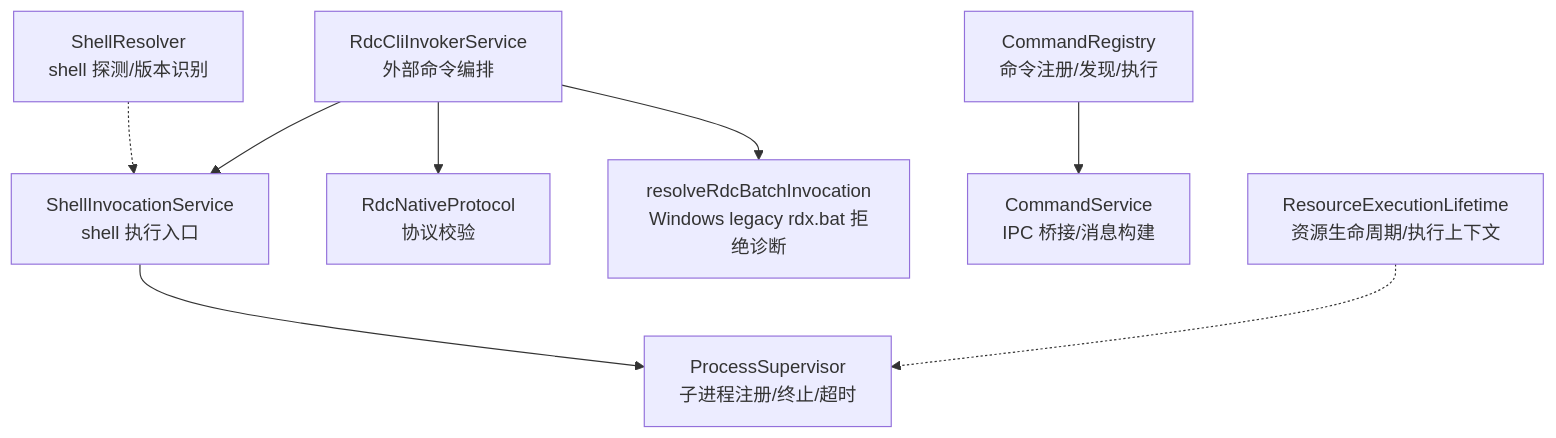
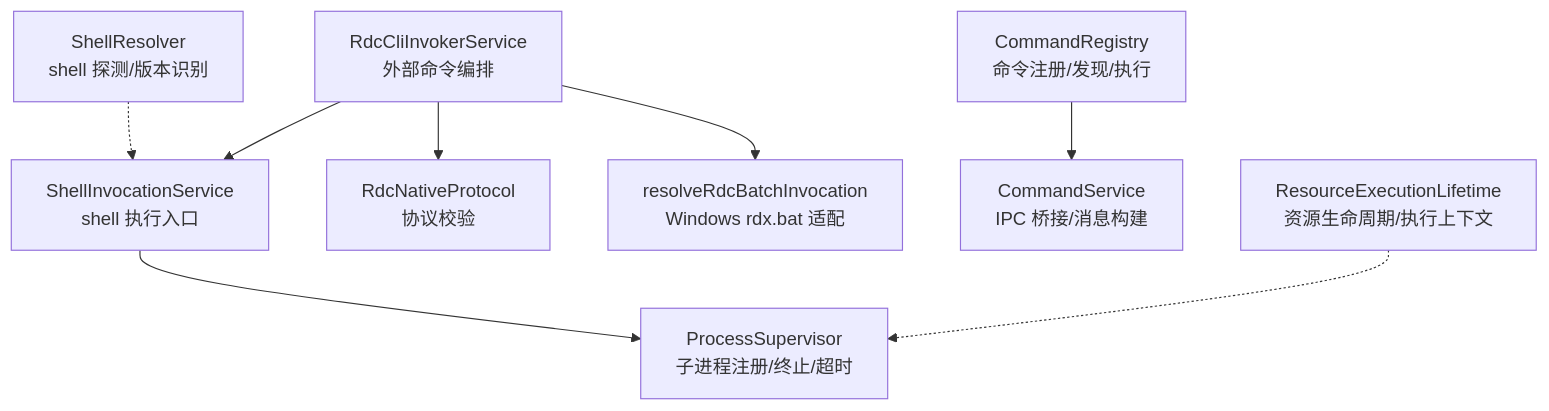
The first of 9 diagrams in .qoder/repowiki/zh/content/架构设计/主进程架构/工具执行系统.md (haolange/RDC-Agent), drawn with Mermaid before and after one commit. The commit also changed other lines of this file and 150 other files, not shown here.

````diff
--- a/.qoder/repowiki/zh/content/架构设计/主进程架构/工具执行系统.md
+++ b/.qoder/repowiki/zh/content/架构设计/主进程架构/工具执行系统.md
@@ -45,10 +53,10 @@
 ```mermaid
 graph TB
 A["RdcCliInvokerService<br/>外部命令编排"] --> B["ShellInvocationService<br/>shell 执行入口"]
 B --> C["ProcessSupervisor<br/>子进程注册/终止/超时"]
 A --> D["RdcNativeProtocol<br/>协议校验"]
-A --> E["resolveRdcBatchInvocation<br/>Windows legacy rdx.bat 拒绝诊断"]
+A --> E["resolveRdcBatchInvocation<br/>Windows rdx.bat 适配"]
 F["CommandRegistry<br/>命令注册/发现/执行"] --> G["CommandService<br/>IPC 桥接/消息构建"]
 H["ShellResolver<br/>shell 探测/版本识别"] -.-> B
 I["ResourceExecutionLifetime<br/>资源生命周期/执行上下文"] -.-> C
 ```
````
